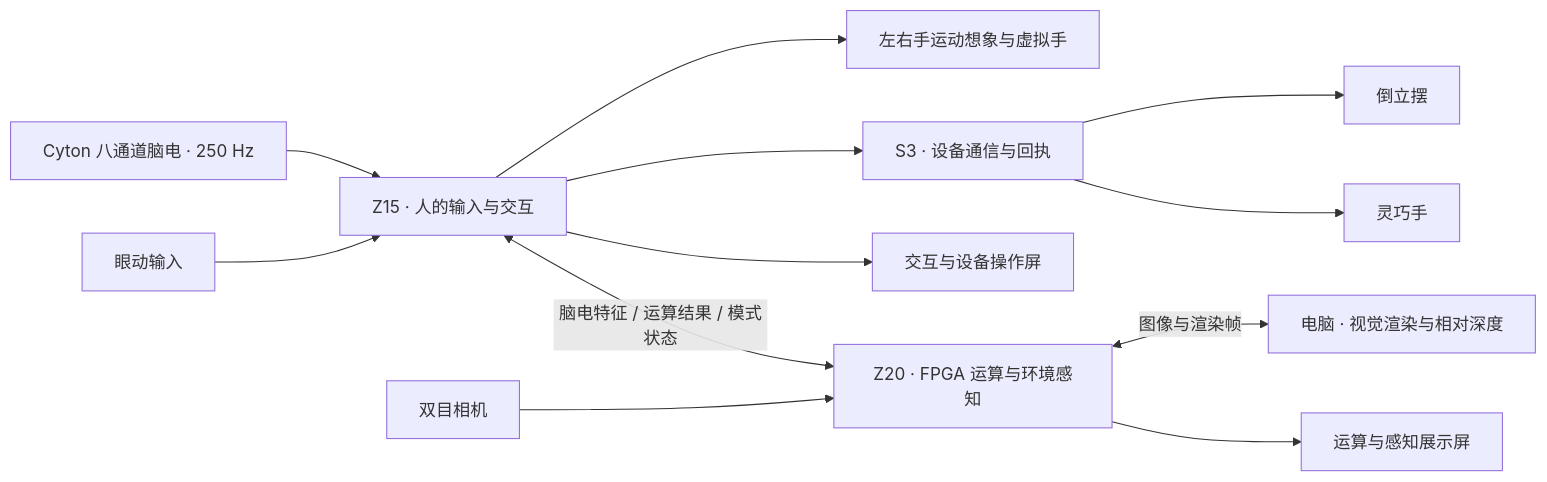
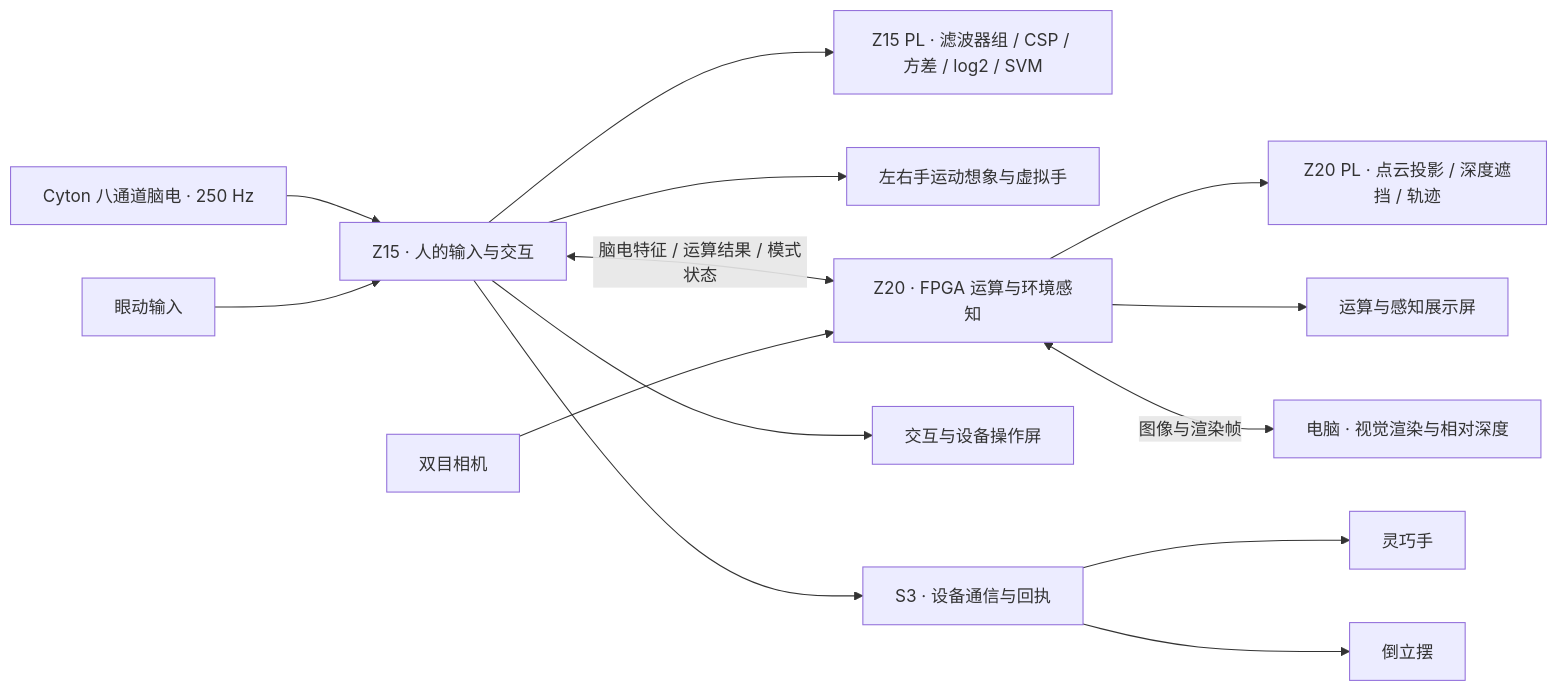
Before and after one commit to conquer225/intent-action-synergy-z15-z20: the diagram in README.md, drawn with Mermaid. The commit also changed other lines of this file and 87 other files, not shown here.

Commit message:
Add Z15 PL FBCSP SVM and selectable Z20 map renderer

````diff
--- a/README.md
+++ b/README.md
@@ -22,14 +32,16 @@
 ```mermaid
 flowchart LR
     EEG["Cyton 八通道脑电 · 250 Hz"] --> Z15["Z15 · 人的输入与交互"]
+    Z15 --> FBCSP["Z15 PL · 滤波器组 / CSP / 方差 / log2 / SVM"]
     EYE["眼动输入"] --> Z15
     Z15 --> MI["左右手运动想象与虚拟手"]
     Z15 <-->|"脑电特征 / 运算结果 / 模式状态"| Z20["Z20 · FPGA 运算与环境感知"]
     CAM["双目相机"] --> Z20
+    Z20 --> MAP["Z20 PL · 点云投影 / 深度遮挡 / 轨迹"]
     Z15 --> SCREEN1["交互与设备操作屏"]
     Z20 --> SCREEN2["运算与感知展示屏"]
     Z20 <-->|"图像与渲染帧"| PC["电脑 · 视觉渲染与相对深度"]
     Z15 --> S3["S3 · 设备通信与回执"]
     S3 --> HAND["灵巧手"]
     S3 --> PEND["倒立摆"]
 ```
````
